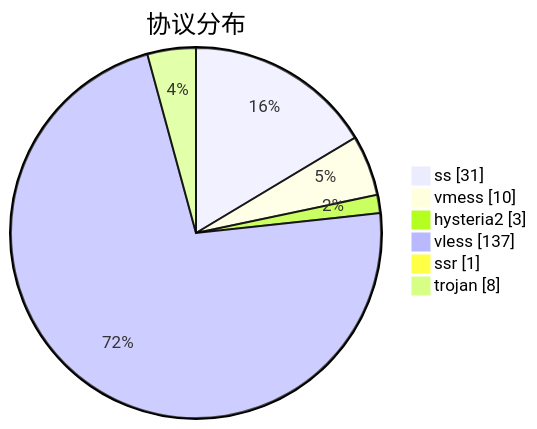
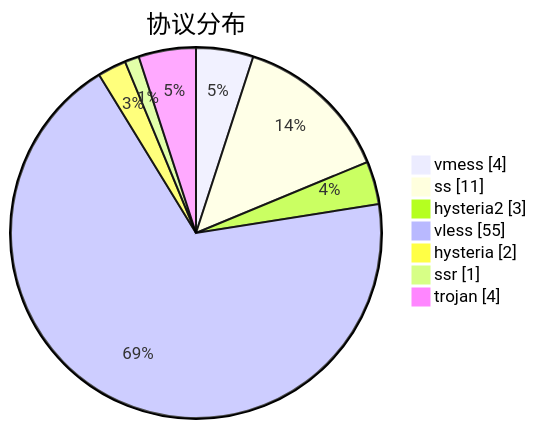
Before and after one commit to sinspired/airport: the third of 3 diagrams in subs/statistics/tested_within.md, drawn with Mermaid. The commit also changed other lines of this file and 2 other files, not shown here.

````diff
--- a/subs/statistics/tested_within.md
+++ b/subs/statistics/tested_within.md
@@ -33,10 +25,11 @@
 ```mermaid
 pie showData
 title 协议分布
-"ss" : 31
-"vmess" : 10
+"vmess" : 4
+"ss" : 11
 "hysteria2" : 3
-"vless" : 137
+"vless" : 55
+"hysteria" : 2
 "ssr" : 1
-"trojan" : 8
+"trojan" : 4
 ```
````
